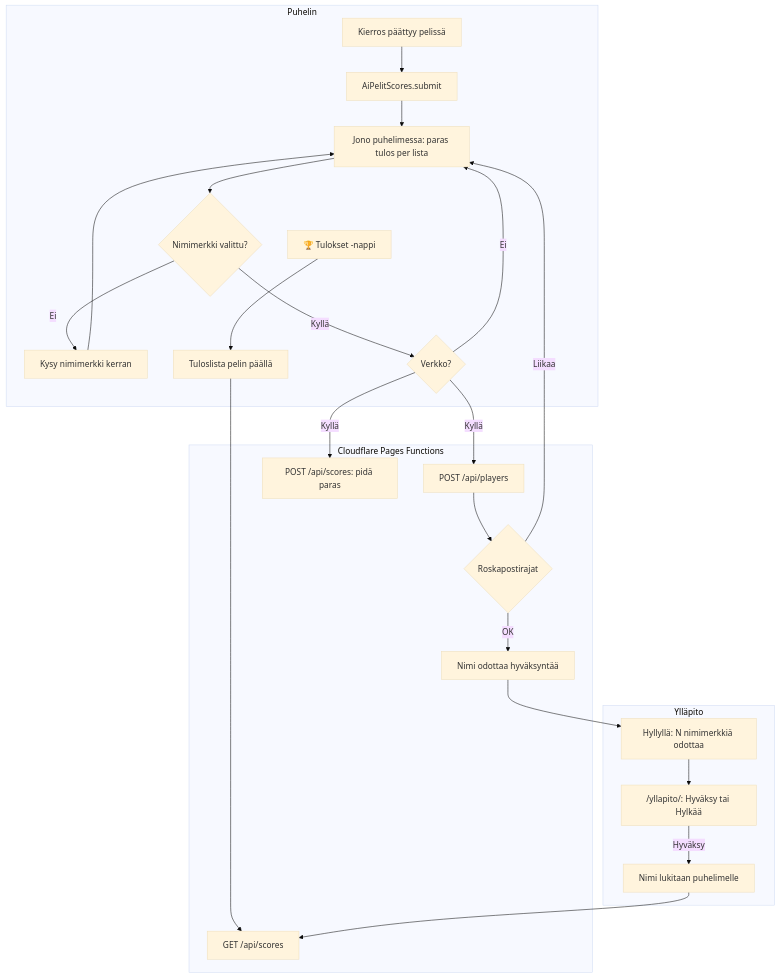
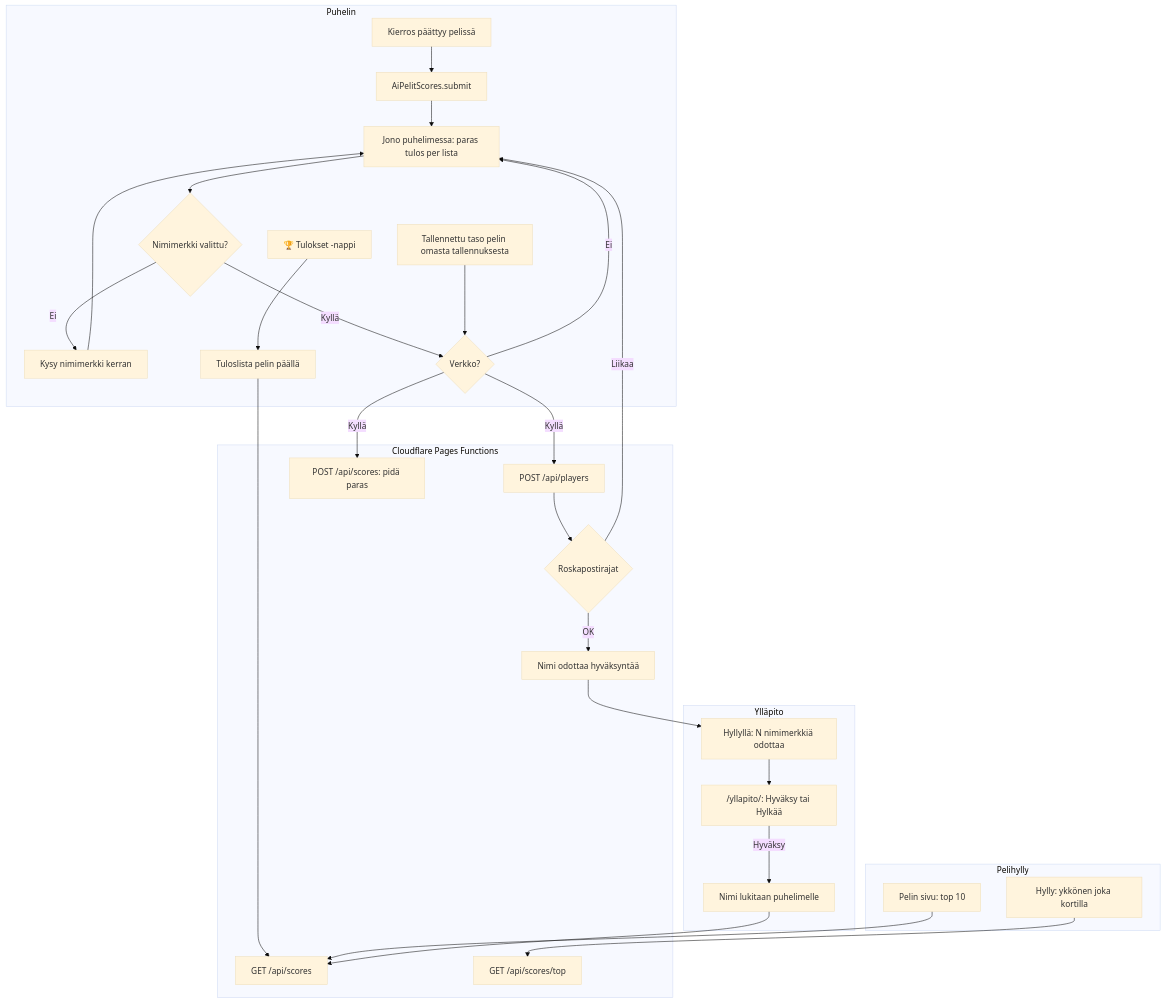
The diagram in docs/diagrams/tuloslistat.md (eerovil/ai-pelit), drawn with Mermaid (base theme) before and after one commit. The commit also changed other lines of this file and 10 other files, not shown here.

````diff
--- a/docs/diagrams/tuloslistat.md
+++ b/docs/diagrams/tuloslistat.md
@@ -9,32 +9,38 @@
 ```mermaid
 flowchart TD
   subgraph Puhelin
     A[Kierros päättyy pelissä] --> B[AiPelitScores.submit]
     B --> C[Jono puhelimessa: paras tulos per lista]
     C --> D{Nimimerkki valittu?}
     D -- Ei --> E[Kysy nimimerkki kerran]
     E --> C
     D -- Kyllä --> F{Verkko?}
     F -- Ei --> C
     T[🏆 Tulokset -nappi] --> L[Tuloslista pelin päällä]
+    P[Tallennettu taso pelin omasta tallennuksesta] --> F
   end
   subgraph Cloudflare Pages Functions
     F -- Kyllä --> G[POST /api/players]
     G --> H{Roskapostirajat}
     H -- Liikaa --> C
     H -- OK --> I[Nimi odottaa hyväksyntää]
     F -- Kyllä --> J[POST /api/scores: pidä paras]
     L --> K[GET /api/scores]
+    K2[GET /api/scores/top]
+  end
+  subgraph Pelihylly
+    S1[Hylly: ykkönen joka kortilla] --> K2
+    S2[Pelin sivu: top 10] --> K
   end
   subgraph Ylläpito
     I --> M[Hyllyllä: N nimimerkkiä odottaa]
     M --> N["/yllapito/: Hyväksy tai Hylkää"]
     N -- Hyväksy --> O[Nimi lukitaan puhelimelle]
     O --> K
   end
-  class A,B,E,T,L blue
+  class A,B,E,T,L,S1,S2 blue
   class D,F,H amber
-  class C,G,J,K teal
+  class C,G,J,K,K2,P teal
   class I,M,N violet
   class O green
 ```
````
